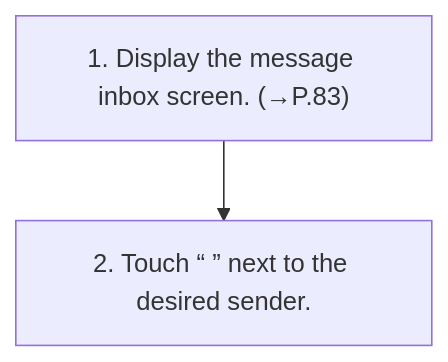
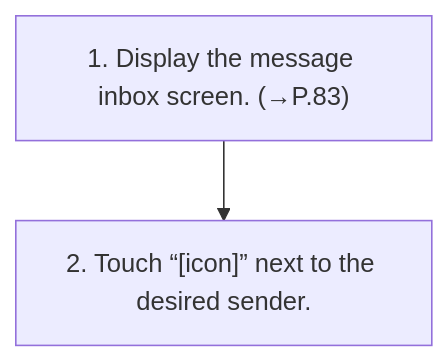
The diagram in workspace/subaru/outback-2026/ivi/published/phone/20-calling-the-message-sender.md (Chieko-Y/my-spec-generator), drawn with Mermaid before and after one commit. The commit also changed other lines of this file and 477 other files, not shown here.

````diff
--- a/workspace/subaru/outback-2026/ivi/published/phone/20-calling-the-message-sender.md
+++ b/workspace/subaru/outback-2026/ivi/published/phone/20-calling-the-message-sender.md
@@ -9,6 +9,6 @@
 ```mermaid
 flowchart TD
     S1["1. Display the message inbox screen. (→P.83)"]
-    S2["2. Touch “ ” next to the desired sender."]
+    S2["2. Touch “[icon]” next to the desired sender."]
     S1 --> S2
 ```
````
